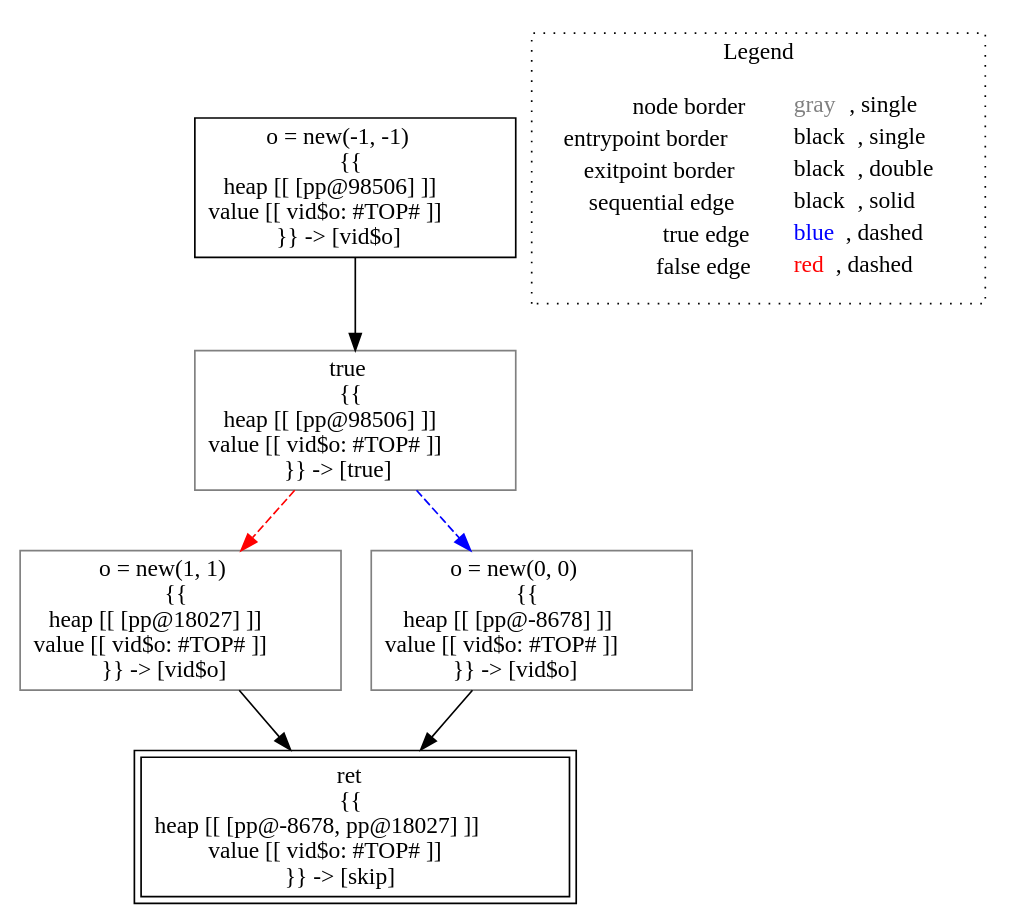
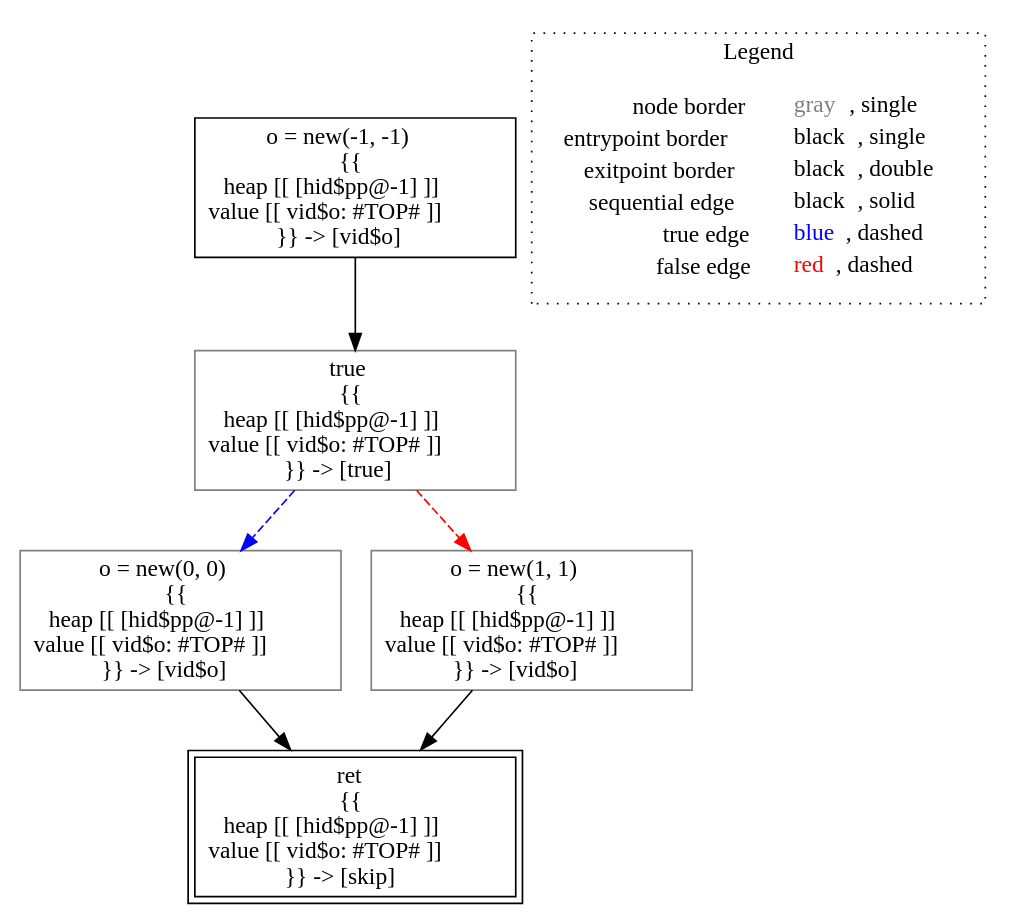
Before and after one commit to lisa-analyzer/lisa: the diagram in lisa/imp-testcases/heap/point-based-heap/field-insensitive/analysis___untyped_A.f2().dot, drawn with Graphviz. The commit also changed 14 other files, not shown here.

```diff
--- a/lisa/imp-testcases/heap/point-based-heap/field-insensitive/analysis___untyped_A.f2().dot
+++ b/lisa/imp-testcases/heap/point-based-heap/field-insensitive/analysis___untyped_A.f2().dot
@@ -1,19 +1,19 @@
 digraph {
-	"node0" [shape="rect",color="black",label=<o = new(-1, -1)<BR/>{{<BR/>heap [[ [pp@98506] ]]<BR/>value [[ vid$o: #TOP# ]]<BR/>}} -&gt; [vid$o]>];
-	"node1" [shape="rect",color="gray",label=<true<BR/>{{<BR/>heap [[ [pp@98506] ]]<BR/>value [[ vid$o: #TOP# ]]<BR/>}} -&gt; [true]>];
-	"node2" [shape="rect",color="gray",label=<o = new(1, 1)<BR/>{{<BR/>heap [[ [pp@18027] ]]<BR/>value [[ vid$o: #TOP# ]]<BR/>}} -&gt; [vid$o]>];
-	"node3" [shape="rect",color="black",peripheries="2",label=<ret<BR/>{{<BR/>heap [[ [pp@-8678, pp@18027] ]]<BR/>value [[ vid$o: #TOP# ]]<BR/>}} -&gt; [skip]>];
-	"node4" [shape="rect",color="gray",label=<o = new(0, 0)<BR/>{{<BR/>heap [[ [pp@-8678] ]]<BR/>value [[ vid$o: #TOP# ]]<BR/>}} -&gt; [vid$o]>];
-	"node1" -> "node2" [color="red",style="dashed"];
-	"node1" -> "node4" [color="blue",style="dashed"];
+	"node0" [shape="rect",color="black",label=<o = new(-1, -1)<BR/>{{<BR/>heap [[ [hid$pp@-1] ]]<BR/>value [[ vid$o: #TOP# ]]<BR/>}} -&gt; [vid$o]>];
+	"node1" [shape="rect",color="gray",label=<true<BR/>{{<BR/>heap [[ [hid$pp@-1] ]]<BR/>value [[ vid$o: #TOP# ]]<BR/>}} -&gt; [true]>];
+	"node2" [shape="rect",color="gray",label=<o = new(0, 0)<BR/>{{<BR/>heap [[ [hid$pp@-1] ]]<BR/>value [[ vid$o: #TOP# ]]<BR/>}} -&gt; [vid$o]>];
+	"node3" [shape="rect",color="black",peripheries="2",label=<ret<BR/>{{<BR/>heap [[ [hid$pp@-1] ]]<BR/>value [[ vid$o: #TOP# ]]<BR/>}} -&gt; [skip]>];
+	"node4" [shape="rect",color="gray",label=<o = new(1, 1)<BR/>{{<BR/>heap [[ [hid$pp@-1] ]]<BR/>value [[ vid$o: #TOP# ]]<BR/>}} -&gt; [vid$o]>];
+	"node0" -> "node1" [color="black"];
+	"node1" -> "node2" [color="blue",style="dashed"];
+	"node1" -> "node4" [color="red",style="dashed"];
 	"node2" -> "node3" [color="black"];
-	"node0" -> "node1" [color="black"];
 	"node4" -> "node3" [color="black"];
 subgraph cluster_legend {
 	label="Legend";
 	style=dotted;
 	node [shape=plaintext];
 	"legend" [label=<<table border="0" cellpadding="2" cellspacing="0" cellborder="0"><tr><td align="right">node border&nbsp;</td><td align="left"><font color="gray">gray</font>, single</td></tr><tr><td align="right">entrypoint border&nbsp;</td><td align="left"><font color="black">black</font>, single</td></tr><tr><td align="right">exitpoint border&nbsp;</td><td align="left"><font color="black">black</font>, double</td></tr><tr><td align="right">sequential edge&nbsp;</td><td align="left"><font color="black">black</font>, solid</td></tr><tr><td align="right">true edge&nbsp;</td><td align="left"><font color="blue">blue</font>, dashed</td></tr><tr><td align="right">false edge&nbsp;</td><td align="left"><font color="red">red</font>, dashed</td></tr></table>>];
 }
 
 }
```
